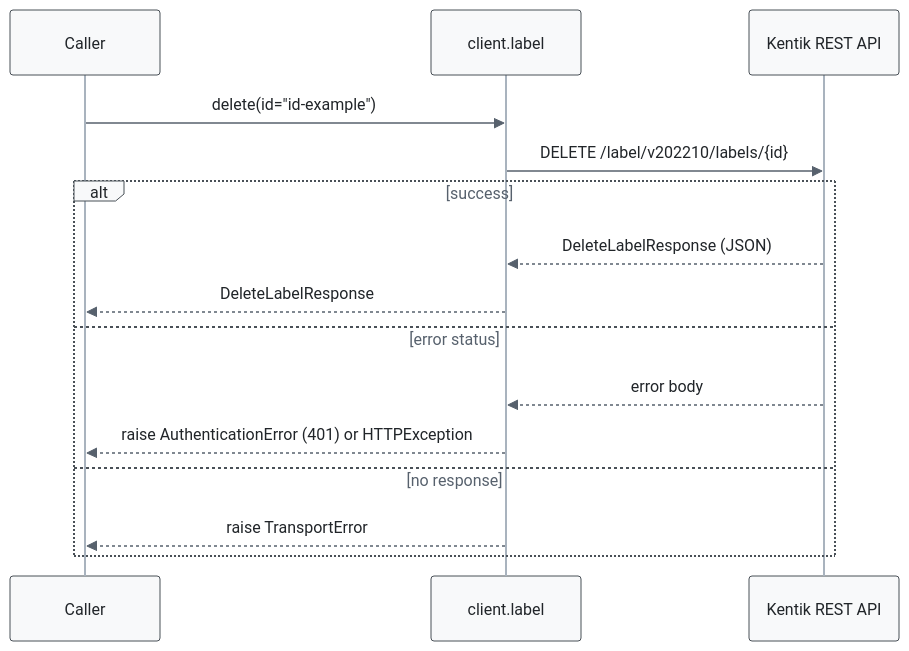
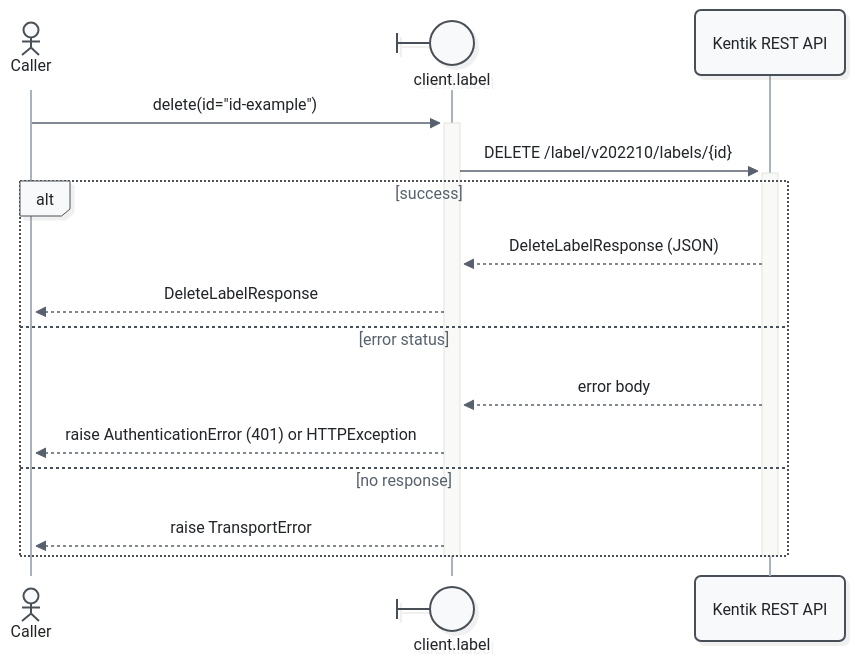
One commit to alexdearaujo/community_sdk_python changed the seventh of 9 diagrams in docs/sphinx/services/label.md. Above: the diagram before and after it, drawn with Mermaid. The commit also changed other lines of this file and 52 other files, not shown here.

First line of the commit message:
docs: Mermaid 12 sequence diagrams with participant types and path colors

````diff
--- a/docs/sphinx/services/label.md
+++ b/docs/sphinx/services/label.md
@@ -263,19 +278,21 @@
 ```mermaid
-%%{init: {"theme": "base", "fontFamily": "ui-monospace, SFMono-Regular, Menlo, monospace", "themeVariables": {"fontFamily": "ui-monospace, SFMono-Regular, Menlo, monospace", "primaryColor": "#f8f9fa", "primaryBorderColor": "#495057", "primaryTextColor": "#212529", "textColor": "#212529", "lineColor": "#77818c", "edgeLabelBackground": "#ffffff", "actorBkg": "#f8f9fa", "actorBorder": "#495057", "actorTextColor": "#212529", "actorLineColor": "#a9b3be", "signalColor": "#57616d", "signalTextColor": "#212529", "labelBoxBkgColor": "#f8f9fa", "labelBoxBorderColor": "#495057", "labelTextColor": "#212529", "loopTextColor": "#57616d", "noteBkgColor": "#fff9db", "noteBorderColor": "#f08c00", "noteTextColor": "#a35a00"}, "flowchart": {"curve": "step", "nodeSpacing": 30, "rankSpacing": 70, "wrappingWidth": 400}}}%%
+%%{init: {"theme": "redux", "look": "neo", "layout": "dagre", "fontFamily": "ui-monospace, SFMono-Regular, Menlo, monospace", "themeVariables": {"fontFamily": "ui-monospace, SFMono-Regular, Menlo, monospace", "primaryColor": "#f8f9fa", "primaryBorderColor": "#495057", "primaryTextColor": "#212529", "textColor": "#212529", "lineColor": "#77818c", "edgeLabelBackground": "#ffffff", "actorBkg": "#f8f9fa", "actorBorder": "#495057", "actorTextColor": "#212529", "actorLineColor": "#a9b3be", "signalColor": "#57616d", "signalTextColor": "#212529", "labelBoxBkgColor": "#f8f9fa", "labelBoxBorderColor": "#495057", "labelTextColor": "#212529", "loopTextColor": "#57616d", "noteBkgColor": "#fff9db", "noteBorderColor": "#f08c00", "noteTextColor": "#a35a00"}, "sequence": {"activationWidth": 16}, "flowchart": {"curve": "step", "nodeSpacing": 30, "rankSpacing": 70, "wrappingWidth": 400}}}%%
 sequenceDiagram
-    participant C as Caller
-    participant W as client.label
+    actor C as Caller
+    participant W@{ "type": "boundary" } as client.label
     participant API as Kentik REST API
 
-    C->>W: delete(id="id-example")
-    W->>API: DELETE /label/v202210/labels/{id}
+    C->>+W: delete(id="id-example")
+    W->>+API: DELETE /label/v202210/labels/{id}
     alt success
         API-->>W: DeleteLabelResponse (JSON)
         W-->>C: DeleteLabelResponse
     else error status
         API-->>W: error body
         W-->>C: raise AuthenticationError (401) or HTTPException
     else no response
         W-->>C: raise TransportError
     end
+    deactivate API
+    deactivate W
 ```
````
